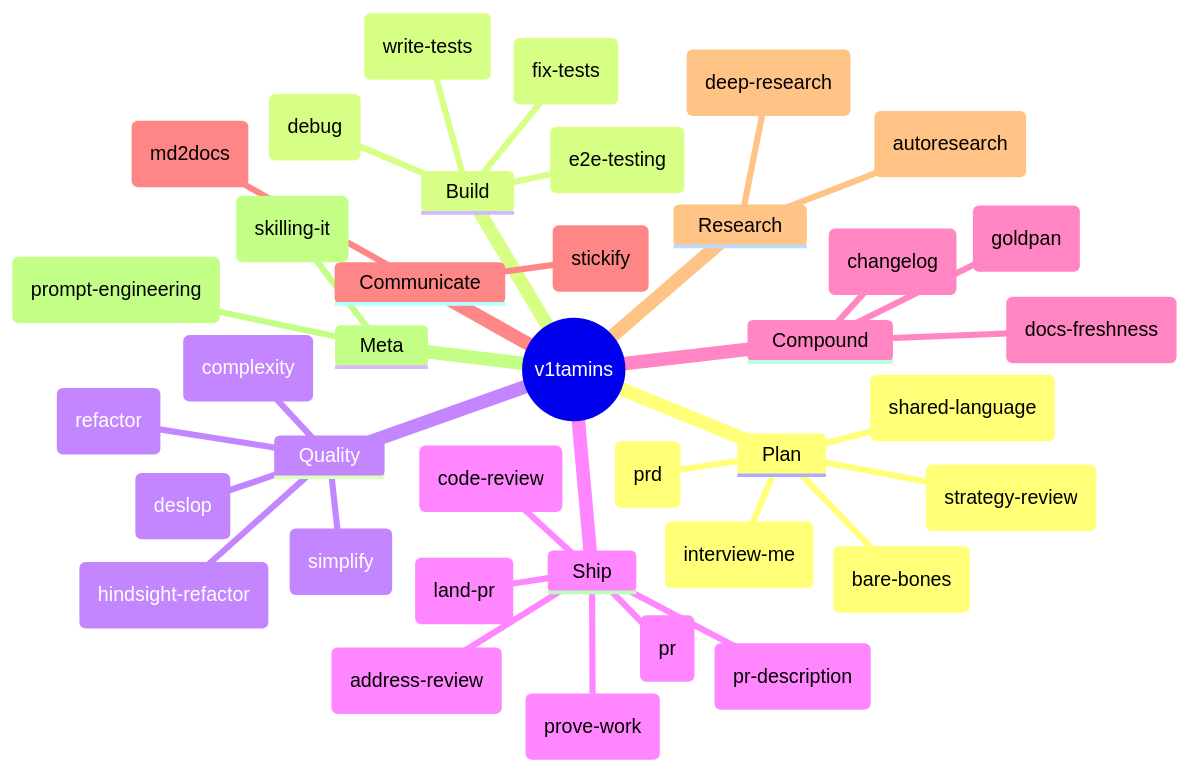
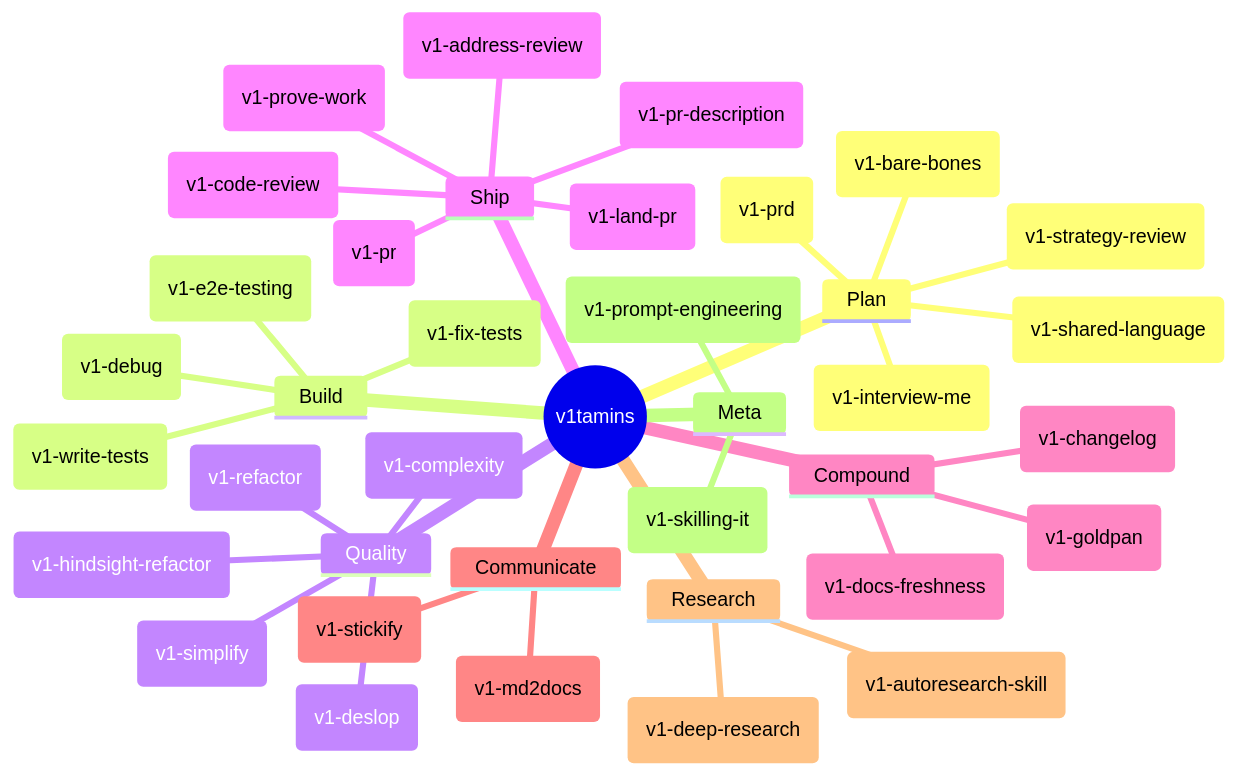
One commit to v1-io/v1tamins changed the first of 6 diagrams in README.md. Above: the diagram before and after it, drawn with Mermaid. The commit also changed other lines of this file and 105 other files, not shown here.

````diff
--- a/README.md
+++ b/README.md
@@ -18,41 +18,41 @@
 ```mermaid
 mindmap
   root((v1tamins))
     Plan
-      ("interview-me")
-      ("strategy-review")
-      ("bare-bones")
-      ("shared-language")
-      (prd)
+      ("v1-interview-me")
+      ("v1-strategy-review")
+      ("v1-bare-bones")
+      ("v1-shared-language")
+      ("v1-prd")
     Build
-      (debug)
-      ("fix-tests")
-      ("write-tests")
-      ("e2e-testing")
+      ("v1-debug")
+      ("v1-fix-tests")
+      ("v1-write-tests")
+      ("v1-e2e-testing")
     Quality
-      (simplify)
-      (deslop)
-      (refactor)
-      (complexity)
-      ("hindsight-refactor")
+      ("v1-simplify")
+      ("v1-deslop")
+      ("v1-refactor")
+      ("v1-complexity")
+      ("v1-hindsight-refactor")
     Ship
-      (pr)
-      ("pr-description")
-      ("land-pr")
-      ("code-review")
-      ("address-review")
-      ("prove-work")
+      ("v1-pr")
+      ("v1-pr-description")
+      ("v1-land-pr")
+      ("v1-code-review")
+      ("v1-address-review")
+      ("v1-prove-work")
     Compound
-      (goldpan)
-      ("docs-freshness")
-      (changelog)
+      ("v1-goldpan")
+      ("v1-docs-freshness")
+      ("v1-changelog")
     Communicate
-      (stickify)
-      (md2docs)
+      ("v1-stickify")
+      ("v1-md2docs")
     Research
-      ("deep-research")
-      (autoresearch)
+      ("v1-deep-research")
+      ("v1-autoresearch-skill")
     Meta
-      ("skilling-it")
-      ("prompt-engineering")
+      ("v1-skilling-it")
+      ("v1-prompt-engineering")
 ```
````
